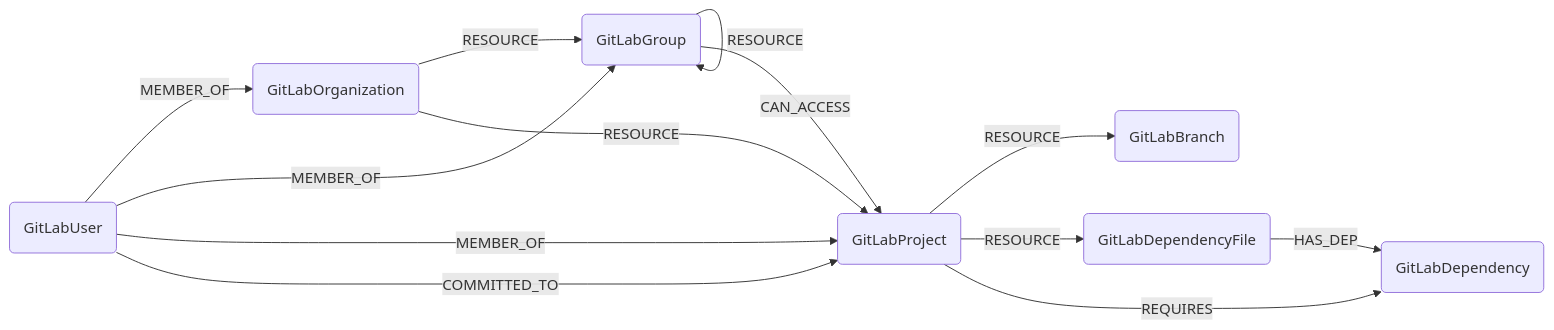
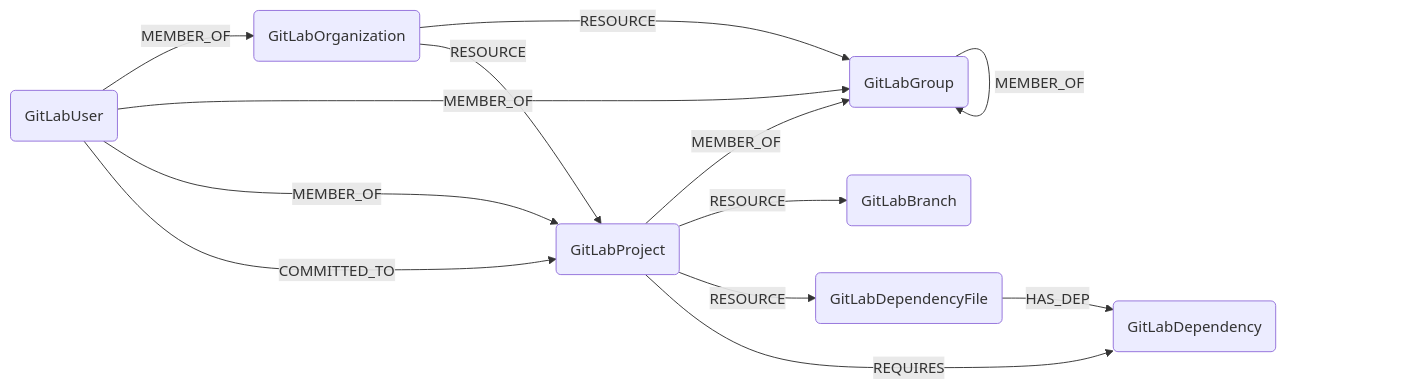
One commit to cartography-cncf/cartography changed the diagram in docs/root/modules/gitlab/schema.md. Above: the diagram before and after it, drawn with Mermaid. The commit also changed other lines of this file and 1 other file, not shown here.

First line of the commit message:
refactor: Use MEMBER_OF for Group and Project hierarchy relationships

````diff
--- a/docs/root/modules/gitlab/schema.md
+++ b/docs/root/modules/gitlab/schema.md
@@ -3,16 +3,16 @@
 ```mermaid
 graph LR
 
 O(GitLabOrganization) -- RESOURCE --> G(GitLabGroup)
 O -- RESOURCE --> P(GitLabProject)
-G -- RESOURCE --> G
-G -- CAN_ACCESS --> P
+G -- MEMBER_OF --> G
+P -- MEMBER_OF --> G
 U(GitLabUser) -- MEMBER_OF --> O
 U -- MEMBER_OF --> G
 U -- MEMBER_OF --> P
 U -- COMMITTED_TO --> P
 P -- RESOURCE --> B(GitLabBranch)
 P -- RESOURCE --> DF(GitLabDependencyFile)
 P -- REQUIRES --> D(GitLabDependency)
 DF -- HAS_DEP --> D
 ```
````
